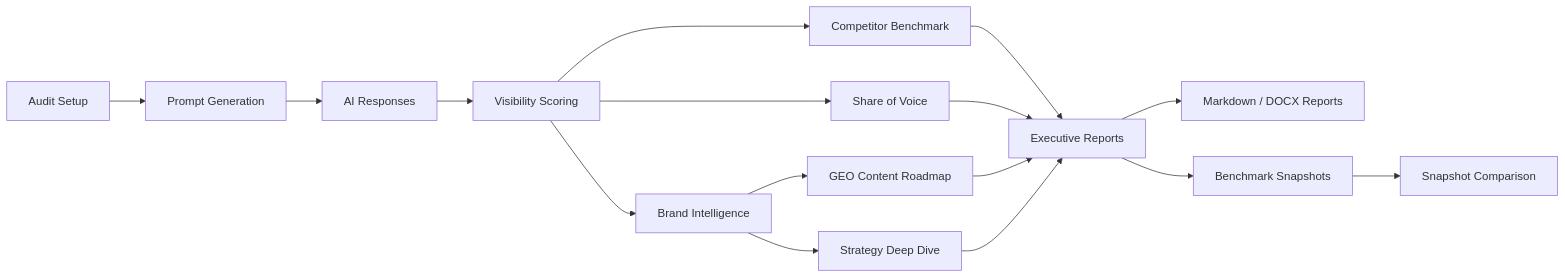
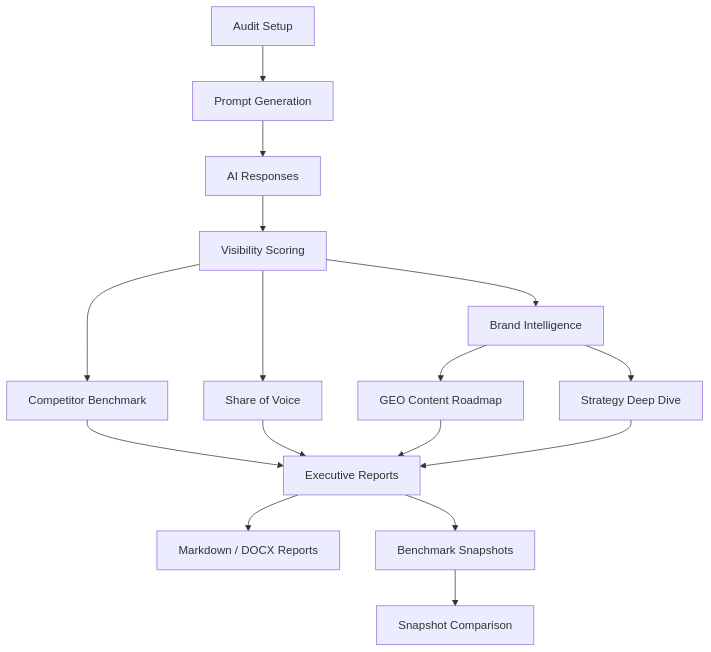
The diagram in README.md (Godric1201/dermaviduals-brand-analyzer), drawn with Mermaid before and after one commit.

Commit message:
Adjust README workflow diagram layout

````diff
--- a/README.md
+++ b/README.md
@@ -138,20 +138,20 @@
 ```mermaid
-flowchart LR
+flowchart TD
     A[Audit Setup] --> B[Prompt Generation]
     B --> C[AI Responses]
     C --> D[Visibility Scoring]
     D --> E[Competitor Benchmark]
     D --> F[Share of Voice]
     D --> G[Brand Intelligence]
     G --> H[GEO Content Roadmap]
     G --> I[Strategy Deep Dive]
     E --> J[Executive Reports]
     F --> J
     H --> J
     I --> J
     J --> K[Markdown / DOCX Reports]
     J --> L[Benchmark Snapshots]
     L --> M[Snapshot Comparison]
 
     
 ```
````
